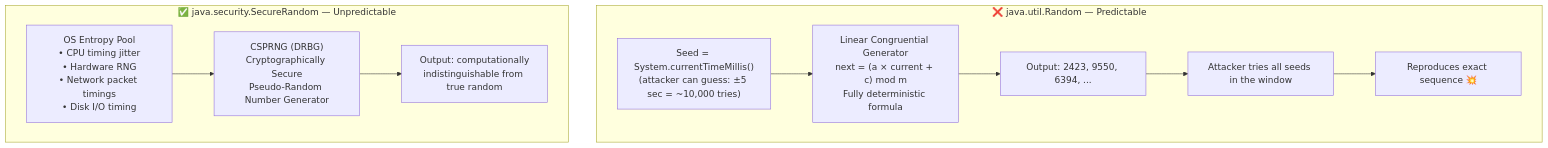
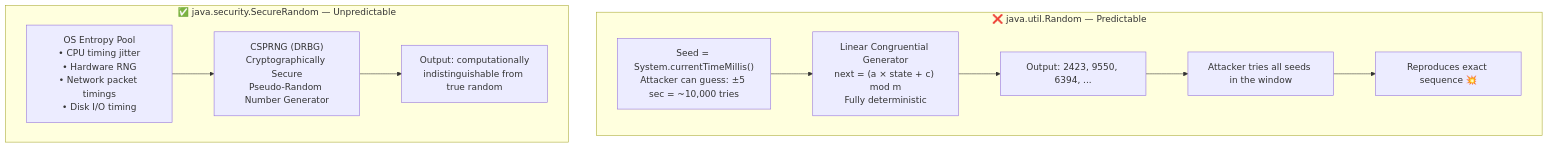
The fourth of 9 diagrams in src/main/java/security/attacks/README.md (csoares/SecurityJava), drawn with Mermaid before and after one commit. The commit also changed other lines of this file and 10 other files, not shown here.

Commit message:
Refine README diagrams and descriptions for clarity and accuracy

````diff
--- a/src/main/java/security/attacks/README.md
+++ b/src/main/java/security/attacks/README.md
@@ -81,17 +81,17 @@
 ```mermaid
 flowchart TD
     subgraph Weak ["❌ java.util.Random — Predictable"]
-        SEED["Seed = System.currentTimeMillis()<br/>(attacker can guess: ±5 sec = ~10,000 tries)"]
-        LCG["Linear Congruential Generator<br/>next = (a × current + c) mod m<br/>Fully deterministic formula"]
+        SEED["Seed = System.currentTimeMillis()<br/>Attacker can guess: ±5 sec = ~10,000 tries"]
+        LCG["Linear Congruential Generator<br/>next = (a × state + c) mod m<br/>Fully deterministic"]
         OUT["Output: 2423, 9550, 6394, ..."]
         SEED --> LCG --> OUT
         OUT --> ATKSEED["Attacker tries all seeds in the window"] --> ATKOUT["Reproduces exact sequence 💥"]
     end
 
     subgraph Strong ["✅ java.security.SecureRandom — Unpredictable"]
         ENTROPY["OS Entropy Pool<br/>• CPU timing jitter<br/>• Hardware RNG<br/>• Network packet timings<br/>• Disk I/O timing"]
         DRBG["CSPRNG (DRBG)<br/>Cryptographically Secure<br/>Pseudo-Random Number Generator"]
         SOUT["Output: computationally<br/>indistinguishable from true random"]
         ENTROPY --> DRBG --> SOUT
     end
 ```
````
